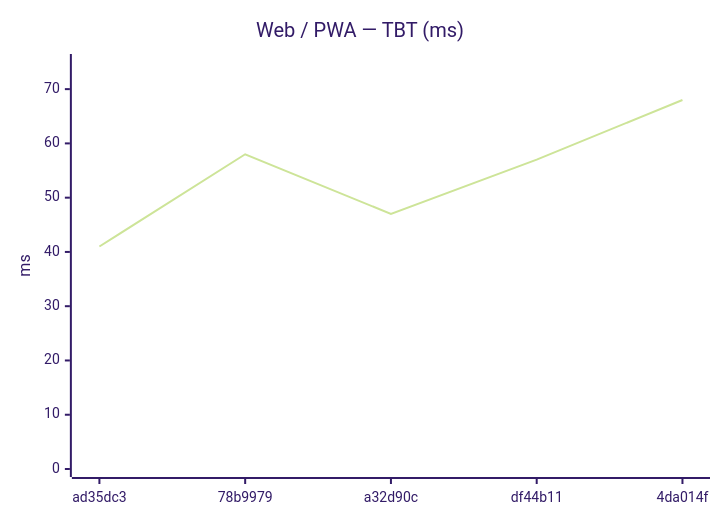
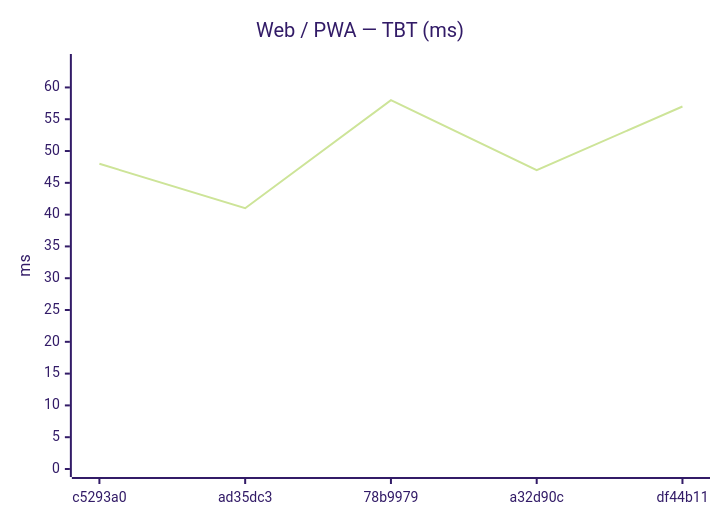
The tenth of 24 diagrams in benchmarks/compare.md (Metaheurist/Rianell), drawn with Mermaid (forest theme) before and after one commit. The commit also changed other lines of this file and 14 other files, not shown here.

````diff
--- a/benchmarks/compare.md
+++ b/benchmarks/compare.md
@@ -151,7 +151,7 @@
 ```mermaid
 xychart-beta
     title "Web / PWA — TBT (ms)"
-    x-axis ["ad35dc3", "78b9979", "a32d90c", "df44b11", "4da014f"]
-    y-axis "ms" 0 --> 75
-    line [41, 58, 47, 57, 68]
+    x-axis ["c5293a0", "ad35dc3", "78b9979", "a32d90c", "df44b11"]
+    y-axis "ms" 0 --> 64
+    line [48, 41, 58, 47, 57]
 ```
````
